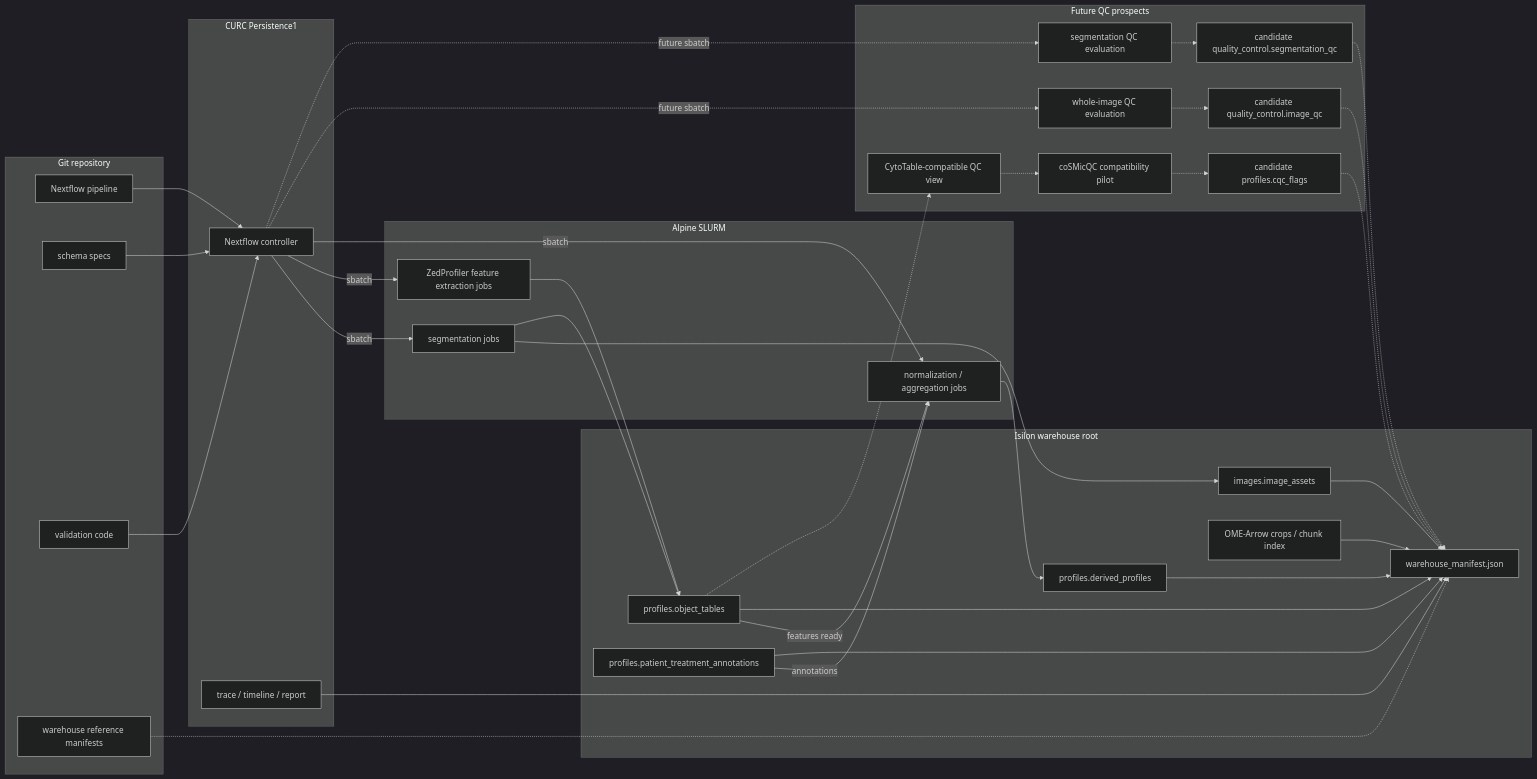
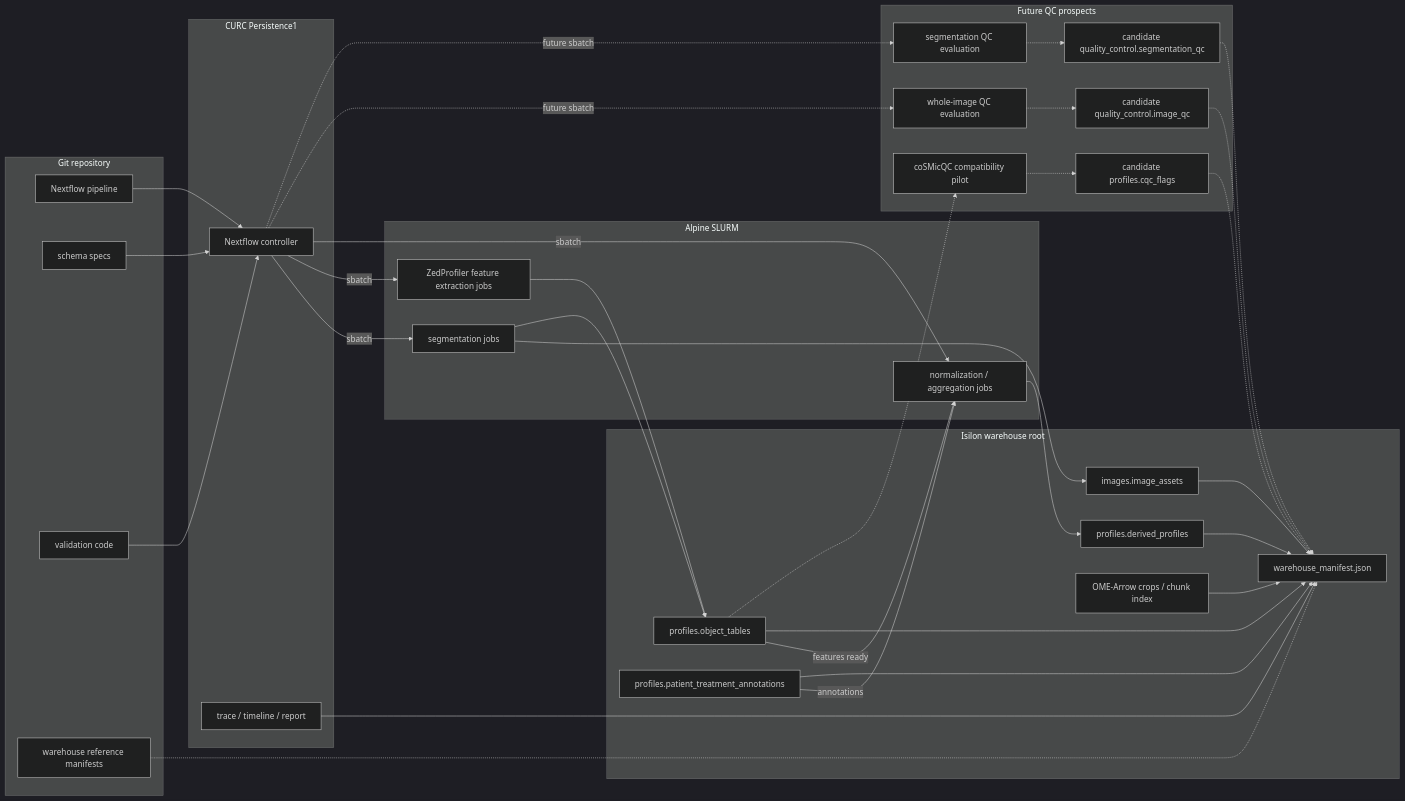
The diagram in docs/source/future_processing_plan.md (WayScience/NF1_3D_organoid_profiling_pipeline), drawn with Mermaid (dark theme) before and after one commit. The commit also changed other lines of this file, not shown here.

Commit message:
remove cytotable

````diff
--- a/docs/source/future_processing_plan.md
+++ b/docs/source/future_processing_plan.md
@@ -47,69 +47,67 @@
 ```mermaid
 flowchart LR
     subgraph git_repo["Git repository"]
         nextflow_pipeline["Nextflow pipeline"]
         schema_specs["schema specs"]
         validation_code["validation code"]
         warehouse_references["warehouse reference manifests"]
     end
 
     subgraph curc_persistence["CURC Persistence1"]
         nextflow_controller["Nextflow controller"]
         run_reports["trace / timeline / report"]
     end
 
     subgraph alpine_slurm["Alpine SLURM"]
         segmentation_jobs["segmentation jobs"]
         featurization_jobs["ZedProfiler feature extraction jobs"]
         profile_jobs["normalization / aggregation jobs"]
     end
 
     subgraph isilon_warehouse["Isilon warehouse root"]
         warehouse_manifest["warehouse_manifest.json"]
         image_assets["images.image_assets"]
         object_profiles["profiles.object_tables"]
         derived_profiles["profiles.derived_profiles"]
         treatment_annotations["profiles.patient_treatment_annotations"]
         ome_arrow_assets["OME-Arrow crops / chunk index"]
     end
 
     subgraph future_qc["Future QC prospects"]
         image_qc_jobs["whole-image QC evaluation"]
         segmentation_qc_jobs["segmentation QC evaluation"]
-        cytotable_view_jobs["CytoTable-compatible QC view"]
         object_qc_jobs["coSMicQC compatibility pilot"]
         image_qc["candidate quality_control.image_qc"]
         segmentation_qc["candidate quality_control.segmentation_qc"]
         cqc_flags["candidate profiles.cqc_flags"]
     end
 
     nextflow_pipeline --> nextflow_controller
     schema_specs --> nextflow_controller
     validation_code --> nextflow_controller
     warehouse_references -.-> warehouse_manifest
     nextflow_controller -->|sbatch| segmentation_jobs
     nextflow_controller -->|sbatch| featurization_jobs
     nextflow_controller -->|sbatch| profile_jobs
     segmentation_jobs --> image_assets
     segmentation_jobs --> object_profiles
     featurization_jobs --> object_profiles
     object_profiles -->|features ready| profile_jobs
     treatment_annotations -->|annotations| profile_jobs
     profile_jobs --> derived_profiles
     image_assets --> warehouse_manifest
     object_profiles --> warehouse_manifest
     derived_profiles --> warehouse_manifest
     treatment_annotations --> warehouse_manifest
     ome_arrow_assets --> warehouse_manifest
     run_reports --> warehouse_manifest
     nextflow_controller -.->|future sbatch| image_qc_jobs
     nextflow_controller -.->|future sbatch| segmentation_qc_jobs
-    object_profiles -.-> cytotable_view_jobs
-    cytotable_view_jobs -.-> object_qc_jobs
+    object_profiles -.-> object_qc_jobs
     image_qc_jobs -.-> image_qc
     segmentation_qc_jobs -.-> segmentation_qc
     object_qc_jobs -.-> cqc_flags
     image_qc -.-> warehouse_manifest
     segmentation_qc -.-> warehouse_manifest
     cqc_flags -.-> warehouse_manifest
 ```
````
